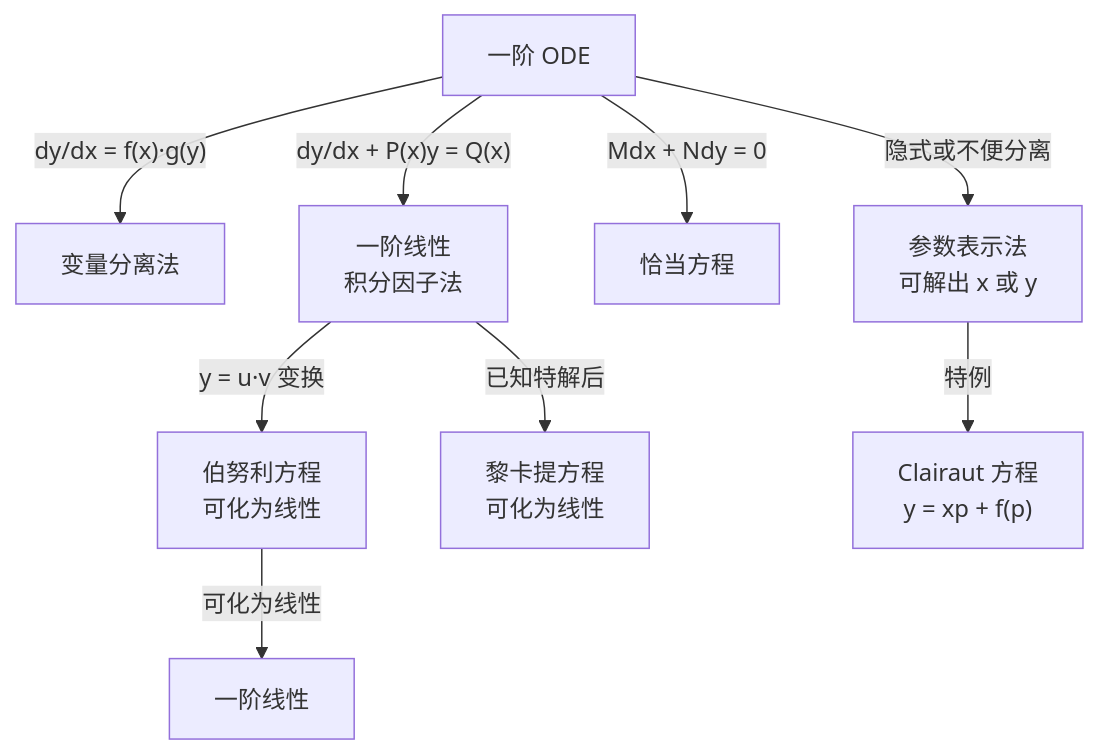
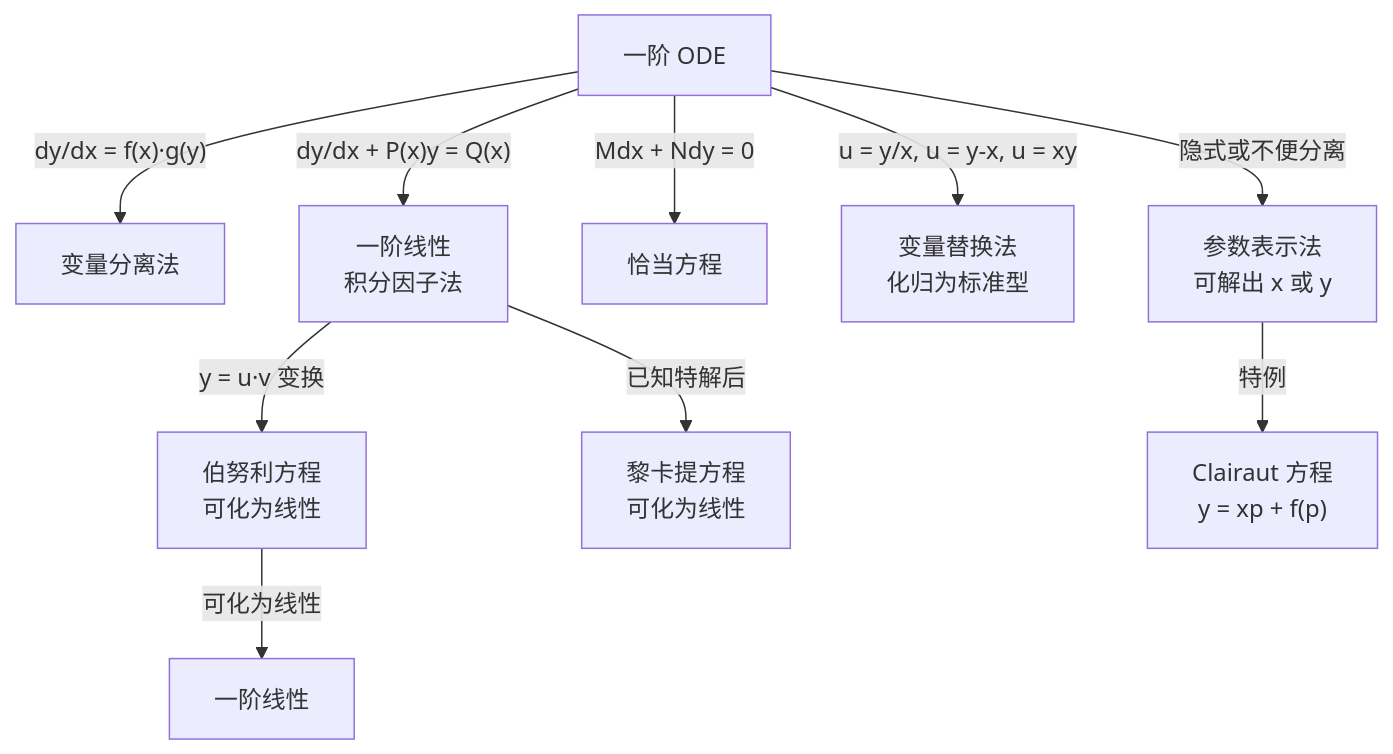
One commit to IAFEnvoy/Math changed the diagram in docs/ode/01-first-order/index.md. Above: the diagram before and after it, drawn with Mermaid. The commit also changed other lines of this file and 1 other file, not shown here.

````diff
--- a/docs/ode/01-first-order/index.md
+++ b/docs/ode/01-first-order/index.md
@@ -9,11 +9,12 @@
 ```mermaid
 graph TB
     FO[一阶 ODE] -->|"dy/dx = f(x)·g(y)"| Sep[变量分离法]
     FO -->|"dy/dx + P(x)y = Q(x)"| Linear[一阶线性<br/>积分因子法]
     FO -->|"Mdx + Ndy = 0"| Exact[恰当方程]
+    FO -->|"u = y/x, u = y-x, u = xy"| Sub[变量替换法<br/>化归为标准型]
     Linear -->|"y = u·v 变换"| Bernoulli[伯努利方程<br/>可化为线性]
     Bernoulli -->|可化为线性| Linear2[一阶线性]
     Linear -->|已知特解后| Riccati[黎卡提方程<br/>可化为线性]
     FO -->|隐式或不便分离| Param[参数表示法<br/>可解出 x 或 y]
     Param -->|特例| Clairaut["Clairaut 方程<br/>y = xp + f(p)"]
 ```
````
